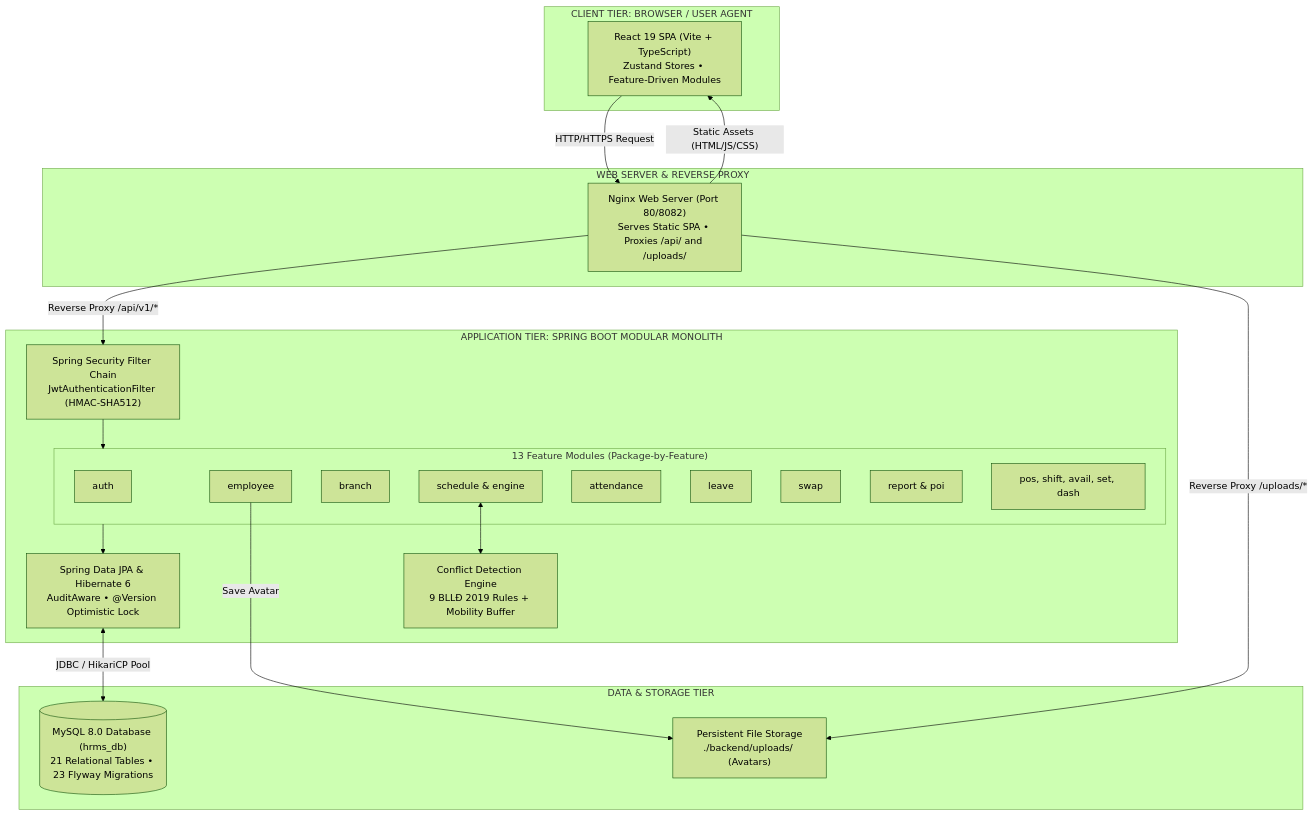
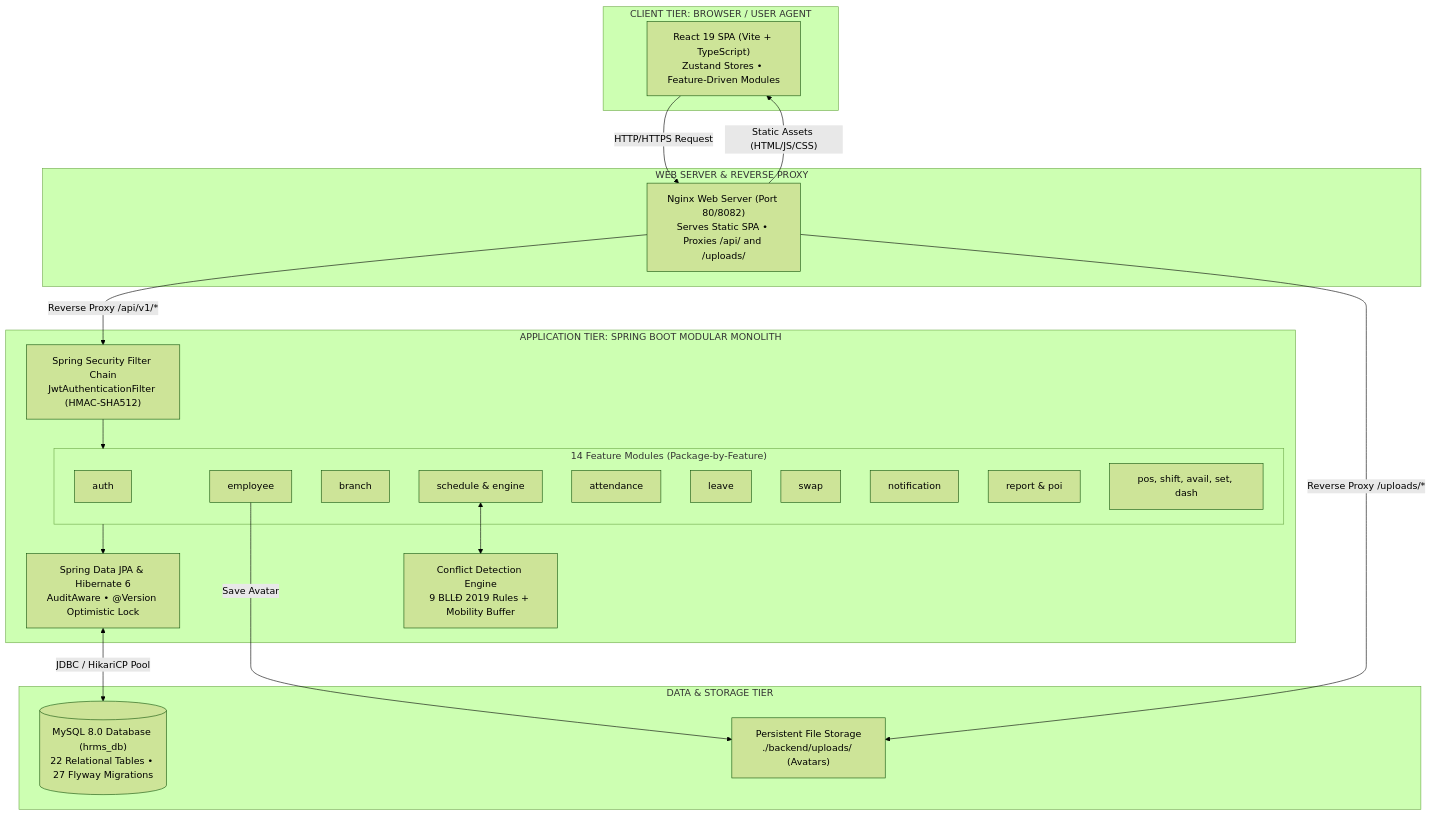
The diagram in README.md (NguyenThanhSon2002/EmployeeManagement), drawn with Mermaid (forest theme) before and after one commit. The commit also changed other lines of this file and 7 other files, not shown here.

````diff
--- a/README.md
+++ b/README.md
@@ -121,45 +130,46 @@
 ```mermaid
 flowchart TB
     subgraph ClientTier ["CLIENT TIER: BROWSER / USER AGENT"]
         FE["React 19 SPA (Vite + TypeScript)<br/>Zustand Stores • Feature-Driven Modules"]
     end
 
     subgraph GatewayTier ["WEB SERVER & REVERSE PROXY"]
         NGINX["Nginx Web Server (Port 80/8082)<br/>Serves Static SPA • Proxies /api/ and /uploads/"]
     end
 
     subgraph AppTier ["APPLICATION TIER: SPRING BOOT MODULAR MONOLITH"]
         SEC["Spring Security Filter Chain<br/>JwtAuthenticationFilter (HMAC-SHA512)"]
         
-        subgraph Modules ["13 Feature Modules (Package-by-Feature)"]
+        subgraph Modules ["14 Feature Modules (Package-by-Feature)"]
             MOD_AUTH["auth"]
             MOD_EMP["employee"]
             MOD_BRANCH["branch"]
             MOD_SCHED["schedule & engine"]
             MOD_ATT["attendance"]
             MOD_LEAVE["leave"]
             MOD_SWAP["swap"]
+            MOD_NOTIF["notification"]
             MOD_REP["report & poi"]
             MOD_OTHER["pos, shift, avail, set, dash"]
         end
         
         CDE["Conflict Detection Engine<br/>9 BLLĐ 2019 Rules + Mobility Buffer"]
         JPA["Spring Data JPA & Hibernate 6<br/>AuditAware • @Version Optimistic Lock"]
     end
 
     subgraph DataTier ["DATA & STORAGE TIER"]
-        DB[("MySQL 8.0 Database (hrms_db)<br/>21 Relational Tables • 23 Flyway Migrations")]
+        DB[("MySQL 8.0 Database (hrms_db)<br/>22 Relational Tables • 27 Flyway Migrations")]
         FS["Persistent File Storage<br/>./backend/uploads/ (Avatars)"]
     end
 
     FE -->|"HTTP/HTTPS Request"| NGINX
     NGINX -->|"Static Assets (HTML/JS/CSS)"| FE
     NGINX -->|"Reverse Proxy /api/v1/*"| SEC
     NGINX -->|"Reverse Proxy /uploads/*"| FS
     
     SEC --> Modules
     MOD_SCHED <--> CDE
     Modules --> JPA
     JPA <-->|"JDBC / HikariCP Pool"| DB
     MOD_EMP -->|"Save Avatar"| FS
 ```
````
